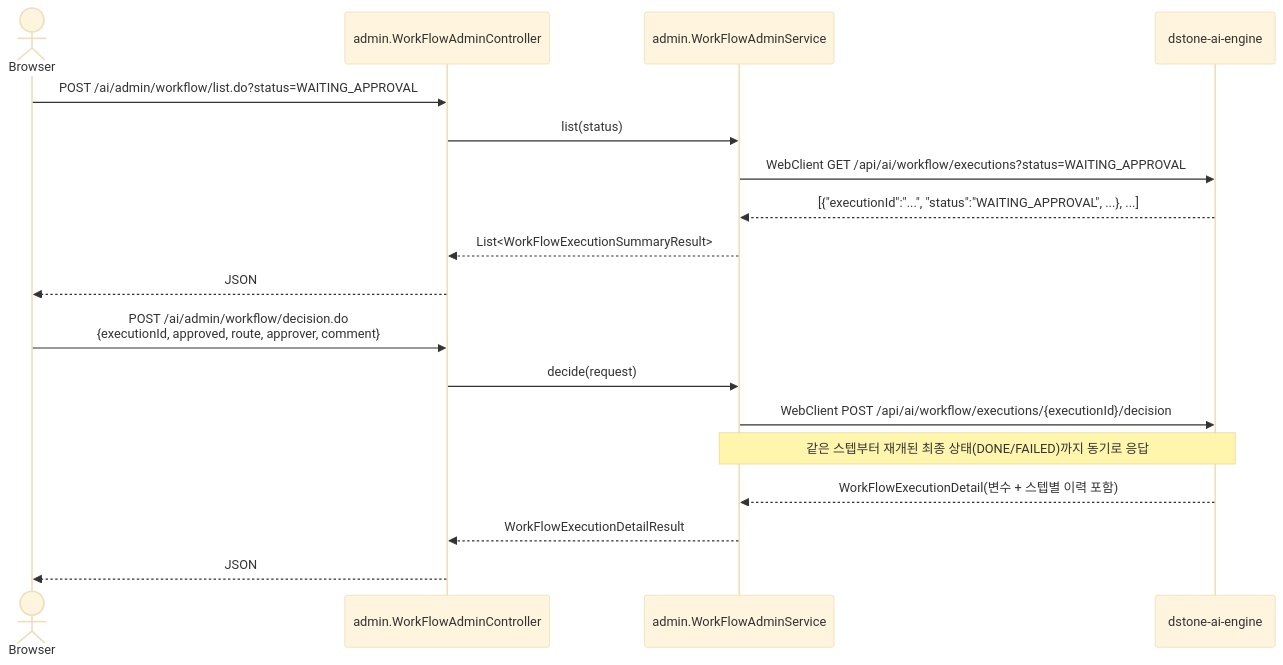
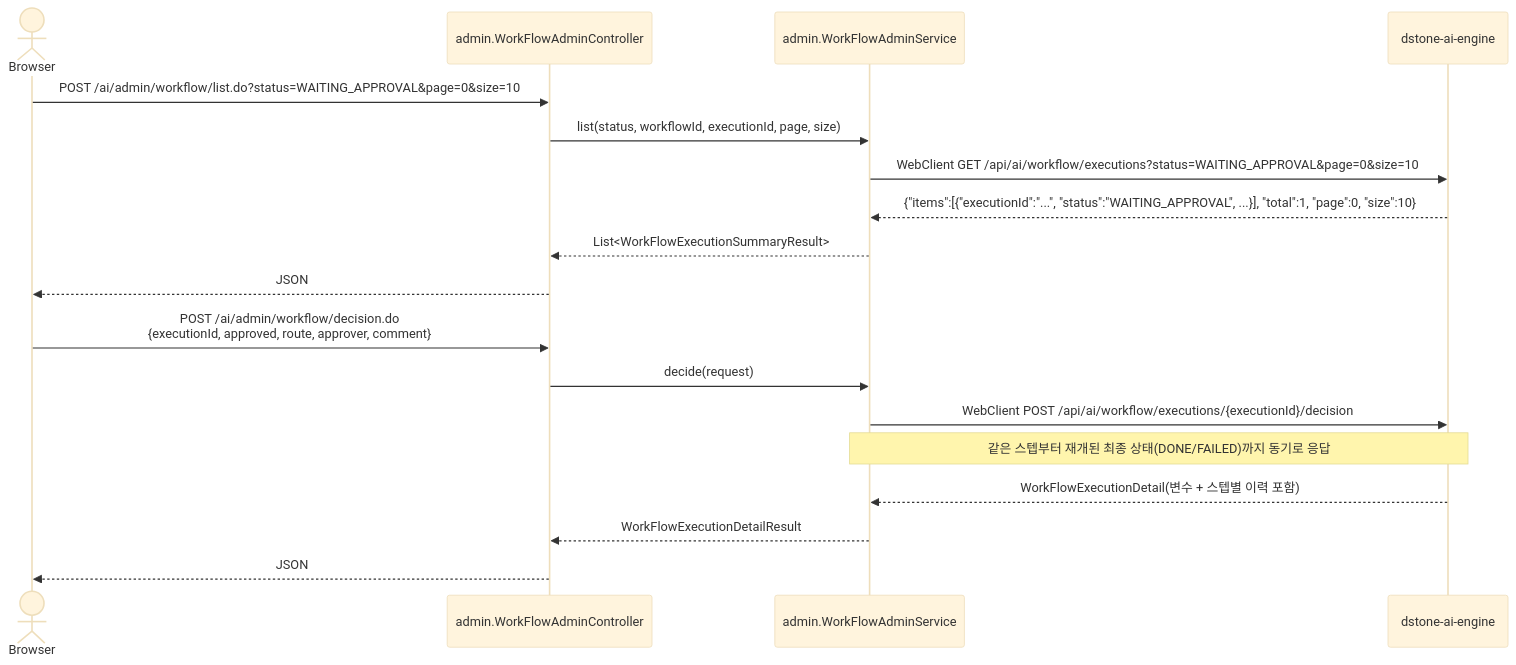
One commit to YongSoekChoeng/dstone changed the fourth of 4 diagrams in docs/06.dstone-boot.md. Above: the diagram before and after it, drawn with Mermaid (base theme). The commit also changed other lines of this file and 29 other files, not shown here.

````diff
--- a/docs/06.dstone-boot.md
+++ b/docs/06.dstone-boot.md
@@ -460,22 +465,22 @@
 ```mermaid
 sequenceDiagram
     actor 운영자 as Browser
     participant Ctrl as admin.WorkFlowAdminController
     participant Svc as admin.WorkFlowAdminService
     participant Engine as dstone-ai-engine
 
-    운영자->>Ctrl: POST /ai/admin/workflow/list.do?status=WAITING_APPROVAL
-    Ctrl->>Svc: list(status)
-    Svc->>Engine: WebClient GET /api/ai/workflow/executions?status=WAITING_APPROVAL
-    Engine-->>Svc: [{"executionId":"...", "status":"WAITING_APPROVAL", ...}, ...]
+    운영자->>Ctrl: POST /ai/admin/workflow/list.do?status=WAITING_APPROVAL&page=0&size=10
+    Ctrl->>Svc: list(status, workflowId, executionId, page, size)
+    Svc->>Engine: WebClient GET /api/ai/workflow/executions?status=WAITING_APPROVAL&page=0&size=10
+    Engine-->>Svc: {"items":[{"executionId":"...", "status":"WAITING_APPROVAL", ...}], "total":1, "page":0, "size":10}
     Svc-->>Ctrl: List<WorkFlowExecutionSummaryResult>
     Ctrl-->>운영자: JSON
 
     운영자->>Ctrl: POST /ai/admin/workflow/decision.do<br/>{executionId, approved, route, approver, comment}
     Ctrl->>Svc: decide(request)
     Svc->>Engine: WebClient POST /api/ai/workflow/executions/{executionId}/decision
     Note over Svc,Engine: 같은 스텝부터 재개된 최종 상태(DONE/FAILED)까지 동기로 응답
     Engine-->>Svc: WorkFlowExecutionDetail(변수 + 스텝별 이력 포함)
     Svc-->>Ctrl: WorkFlowExecutionDetailResult
     Ctrl-->>운영자: JSON
 ```
````
